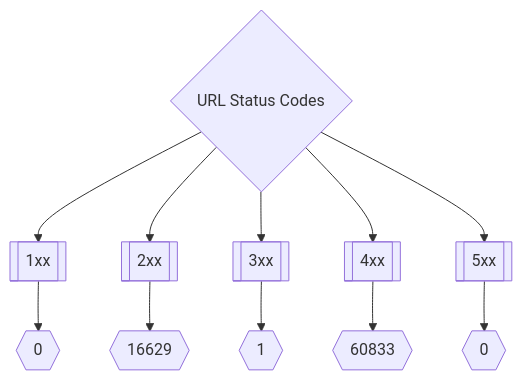
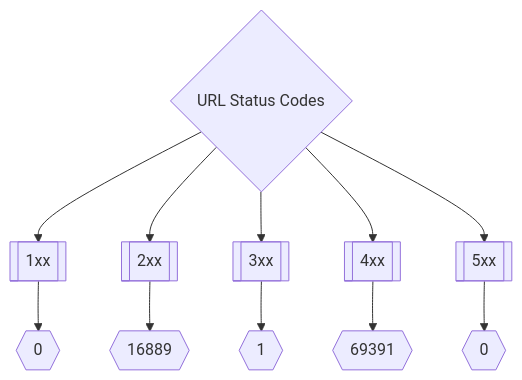
Before and after one commit to trickest/inventory: the second of 3 diagrams in README.md, drawn with Mermaid. The commit also changed other lines of this file, not shown here.

Commit message:
Update Thu Mar 10 07:36:31 UTC 2022

````diff
--- a/README.md
+++ b/README.md
@@ -173,8 +173,8 @@
 ```mermaid
 graph TD
 title{URL Status Codes} --> 1xx[[1xx]] --> status1xxNum{{0}}
-title --> 2xx[[2xx]] --> status2xxNum{{16629}}
+title --> 2xx[[2xx]] --> status2xxNum{{16889}}
 title --> 3xx[[3xx]] --> status3xxNum{{1}}
-title --> 4xx[[4xx]] --> status4xxNum{{60833}}
+title --> 4xx[[4xx]] --> status4xxNum{{69391}}
 title --> 5xx[[5xx]] --> status5xxNum{{0}}
 ```
````
